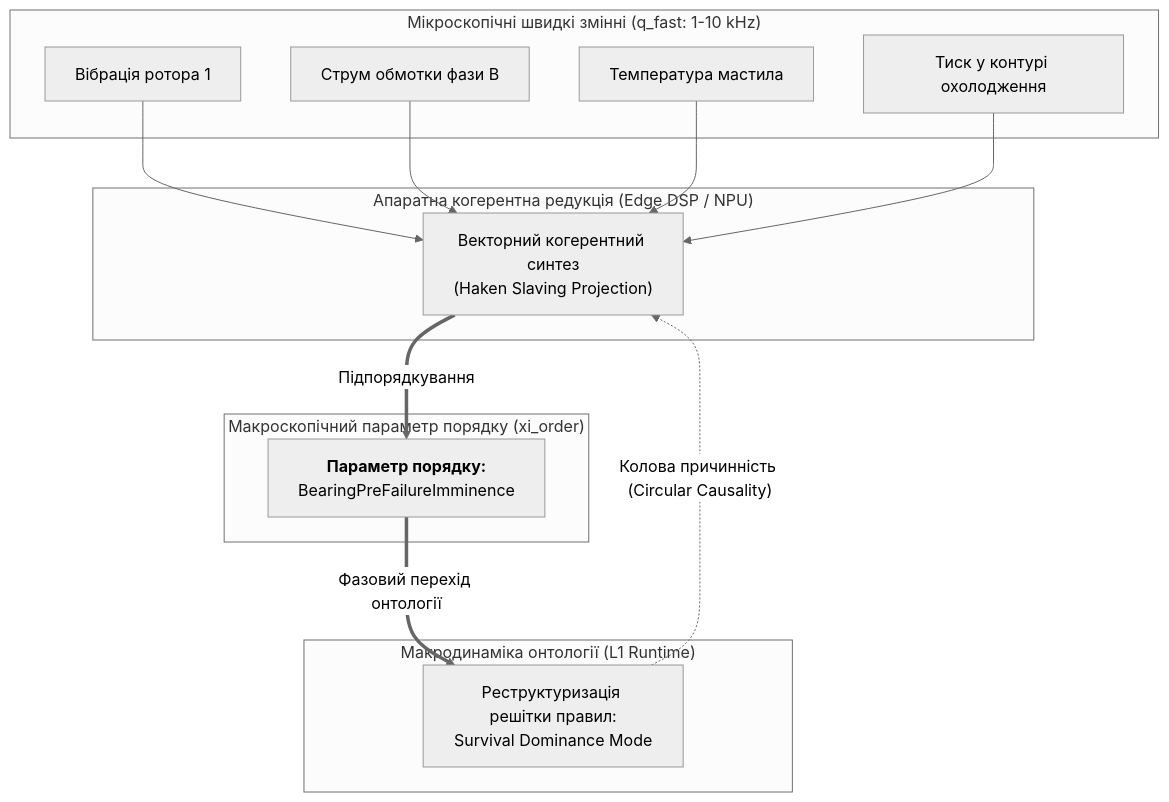
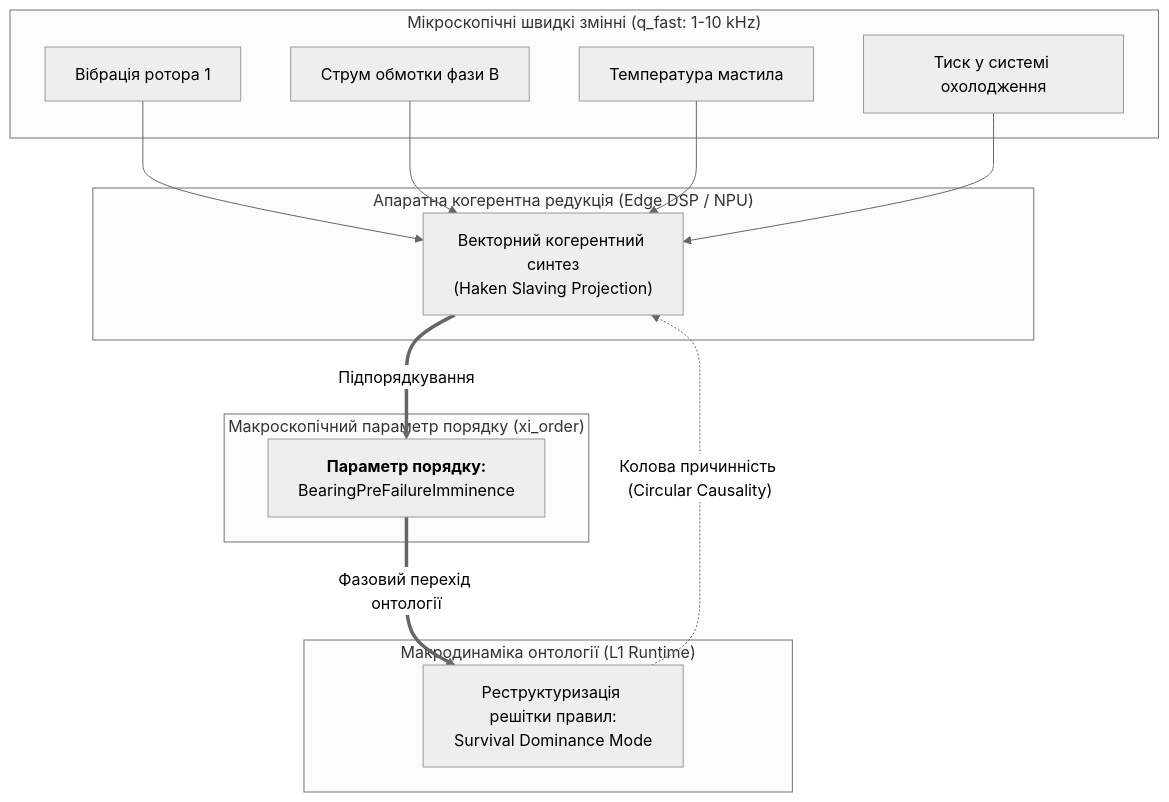
The third of 6 diagrams in ExpertSystem/ch35-self-organizing-expert-systems-synergetics-and-npu-runtime.md (nick-fedchik/articles), drawn with Mermaid (neutral theme) before and after one commit. The commit also changed other lines of this file and 27 other files, not shown here.

````diff
--- a/ExpertSystem/ch35-self-organizing-expert-systems-synergetics-and-npu-runtime.md
+++ b/ExpertSystem/ch35-self-organizing-expert-systems-synergetics-and-npu-runtime.md
@@ -121,29 +121,29 @@
 ```mermaid
 flowchart TD
     subgraph "Мікроскопічні швидкі змінні (q_fast: 1-10 kHz)"
         S1["Вібрація ротора 1"]
         S2["Струм обмотки фази B"]
         S3["Температура мастила"]
-        S4["Тиск у контурі охолодження"]
+        S4["Тиск у системі охолодження"]
     end
 
     subgraph "Апаратна когерентна редукція (Edge DSP / NPU)"
         REDUC["Векторний когерентний синтез<br/>(Haken Slaving Projection)"]
     end
 
     subgraph "Макроскопічний параметр порядку (xi_order)"
         OP["<b>Параметр порядку:</b><br/>BearingPreFailureImminence"]
     end
 
     subgraph "Макродинаміка онтології (L1 Runtime)"
         RULE["Реструктуризація решітки правил:<br/>Survival Dominance Mode"]
     end
 
     S1 --> REDUC
     S2 --> REDUC
     S3 --> REDUC
     S4 --> REDUC
     REDUC ==>|"Підпорядкування"| OP
     OP ==>|"Фазовий перехід онтології"| RULE
     RULE -.->|"Колова причинність (Circular Causality)"| REDUC
 ```
````
